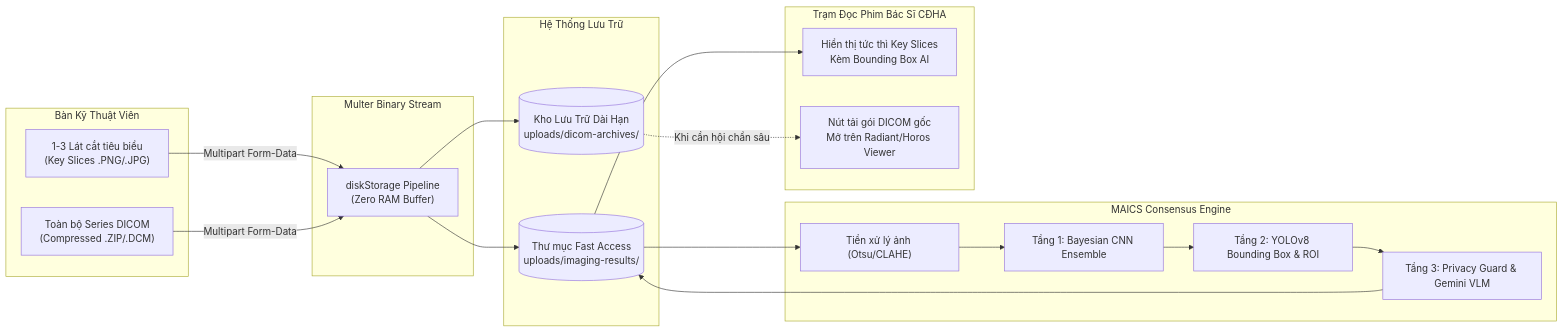
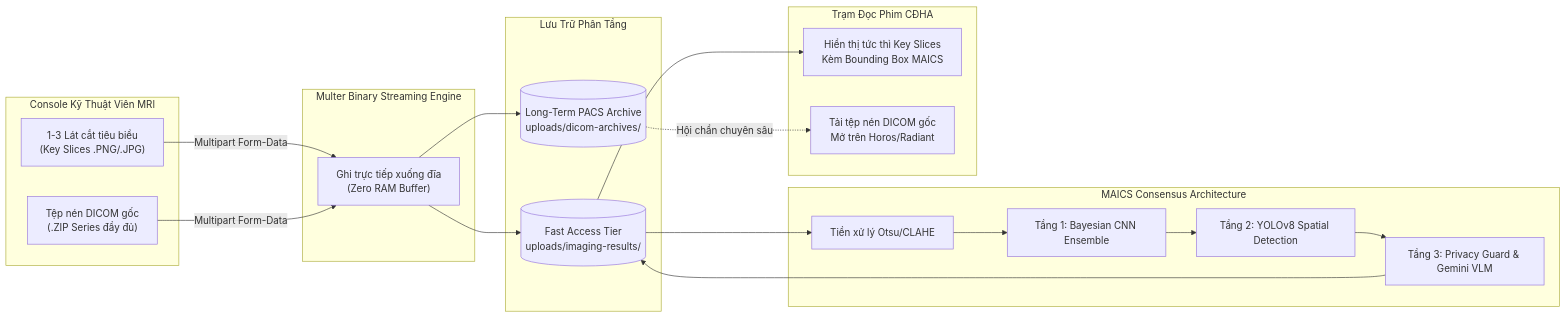
One commit to ntthanh2357/mri changed the fourth of 4 diagrams in docs/03_kien_truc_he_thong.md. Above: the diagram before and after it, drawn with Mermaid. The commit also changed other lines of this file and 94 other files, not shown here.

````diff
--- a/docs/03_kien_truc_he_thong.md
+++ b/docs/03_kien_truc_he_thong.md
@@ -153,37 +256,37 @@
 ```mermaid
 graph LR
-    subgraph KTV_Console ["Bàn Kỹ Thuật Viên"]
+    subgraph KTV_Console ["Console Kỹ Thuật Viên MRI"]
         K1["1-3 Lát cắt tiêu biểu<br/>(Key Slices .PNG/.JPG)"]
-        K2["Toàn bộ Series DICOM<br/>(Compressed .ZIP/.DCM)"]
+        K2["Tệp nén DICOM gốc<br/>(.ZIP Series đầy đủ)"]
     end
 
-    subgraph Multer_Stream ["Multer Binary Stream"]
-        M1["diskStorage Pipeline<br/>(Zero RAM Buffer)"]
+    subgraph Multer_Stream ["Multer Binary Streaming Engine"]
+        M1["Ghi trực tiếp xuống đĩa<br/>(Zero RAM Buffer)"]
     end
 
-    subgraph Storage ["Hệ Thống Lưu Trữ"]
-        S1[("Thư mục Fast Access<br/>uploads/imaging-results/")]
-        S2[("Kho Lưu Trữ Dài Hạn<br/>uploads/dicom-archives/")]
+    subgraph Storage_Tier ["Lưu Trữ Phân Tầng"]
+        S1[("Fast Access Tier<br/>uploads/imaging-results/")]
+        S2[("Long-Term PACS Archive<br/>uploads/dicom-archives/")]
     end
 
-    subgraph AI_Engine ["MAICS Consensus Engine"]
-        A1["Tiền xử lý ảnh (Otsu/CLAHE)"]
+    subgraph AI_Engine ["MAICS Consensus Architecture"]
+        A1["Tiền xử lý Otsu/CLAHE"]
         A2["Tầng 1: Bayesian CNN Ensemble"]
-        A3["Tầng 2: YOLOv8 Bounding Box & ROI"]
+        A3["Tầng 2: YOLOv8 Spatial Detection"]
         A4["Tầng 3: Privacy Guard & Gemini VLM"]
     end
 
-    subgraph Web_Viewer ["Trạm Đọc Phim Bác Sĩ CĐHA"]
-        W1["Hiển thị tức thì Key Slices<br/>Kèm Bounding Box AI"]
-        W2["Nút tải gói DICOM gốc<br/>Mở trên Radiant/Horos Viewer"]
+    subgraph PACS_Viewer ["Trạm Đọc Phim CĐHA"]
+        W1["Hiển thị tức thì Key Slices<br/>Kèm Bounding Box MAICS"]
+        W2["Tải tệp nén DICOM gốc<br/>Mở trên Horos/Radiant"]
     end
 
     K1 -->|Multipart Form-Data| M1
     K2 -->|Multipart Form-Data| M1
     M1 --> S1
     M1 --> S2
     S1 --> A1 --> A2 --> A3 --> A4
     A4 --> S1
     S1 --> W1
-    S2 -.->|Khi cần hội chẩn sâu| W2
+    S2 -.->|Hội chẩn chuyên sâu| W2
 ```
````
